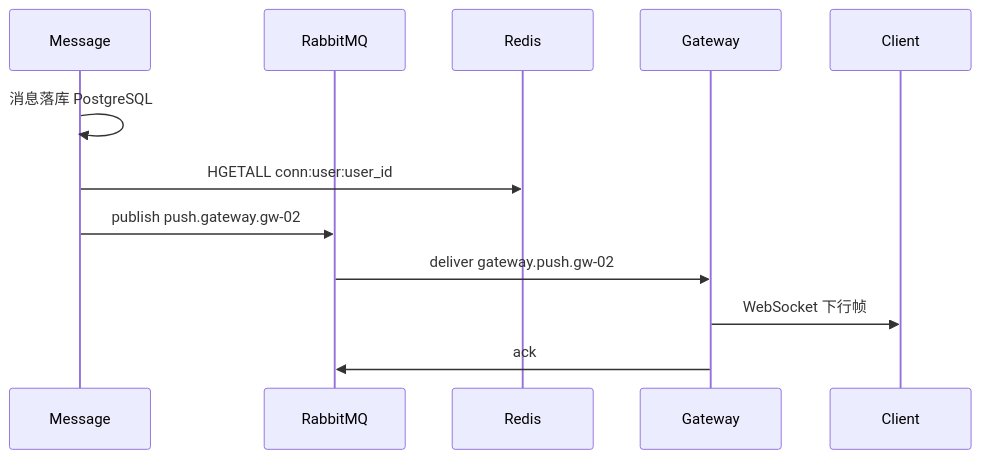
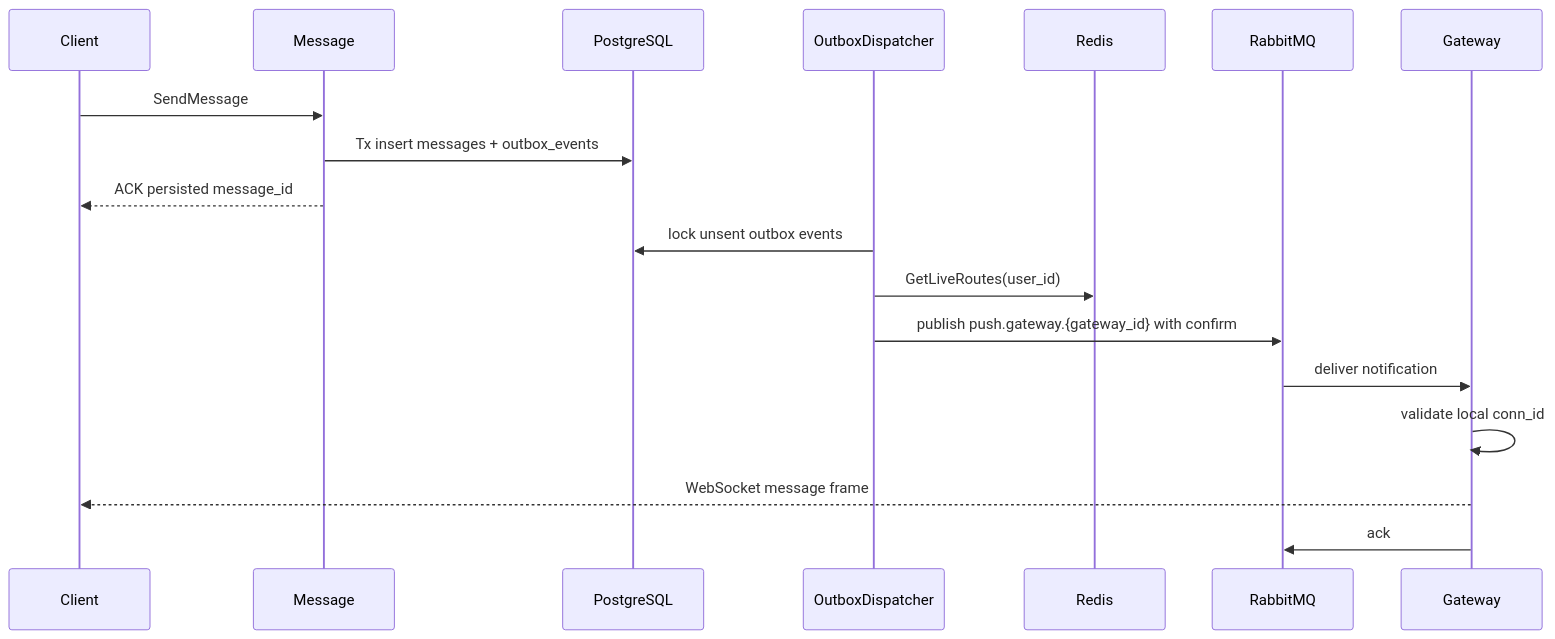
The third of 5 diagrams in docs/infrastructure/infrastructure.md (HappyLadySauce/Beehive-IM), drawn with Mermaid before and after one commit. The commit also changed other lines of this file and 3 other files, not shown here.

````diff
--- a/docs/infrastructure/infrastructure.md
+++ b/docs/infrastructure/infrastructure.md
@@ -317,15 +170,21 @@
 ```mermaid
 sequenceDiagram
-    participant Msg as Message
+    participant C as Client
+    participant M as Message
+    participant PG as PostgreSQL
+    participant D as OutboxDispatcher
+    participant R as Redis
     participant RMQ as RabbitMQ
-    participant Redis as Redis
-    participant GW as Gateway
-    participant C as Client
+    participant G as Gateway
 
-    Msg->>Msg: 消息落库 PostgreSQL
-    Msg->>Redis: HGETALL conn:user:user_id
-    Msg->>RMQ: publish push.gateway.gw-02
-    RMQ->>GW: deliver gateway.push.gw-02
-    GW->>C: WebSocket 下行帧
-    GW->>RMQ: ack
+    C->>M: SendMessage
+    M->>PG: Tx insert messages + outbox_events
+    M-->>C: ACK persisted message_id
+    D->>PG: lock unsent outbox events
+    D->>R: GetLiveRoutes(user_id)
+    D->>RMQ: publish push.gateway.{gateway_id} with confirm
+    RMQ->>G: deliver notification
+    G->>G: validate local conn_id
+    G-->>C: WebSocket message frame
+    G->>RMQ: ack
 ```
````
